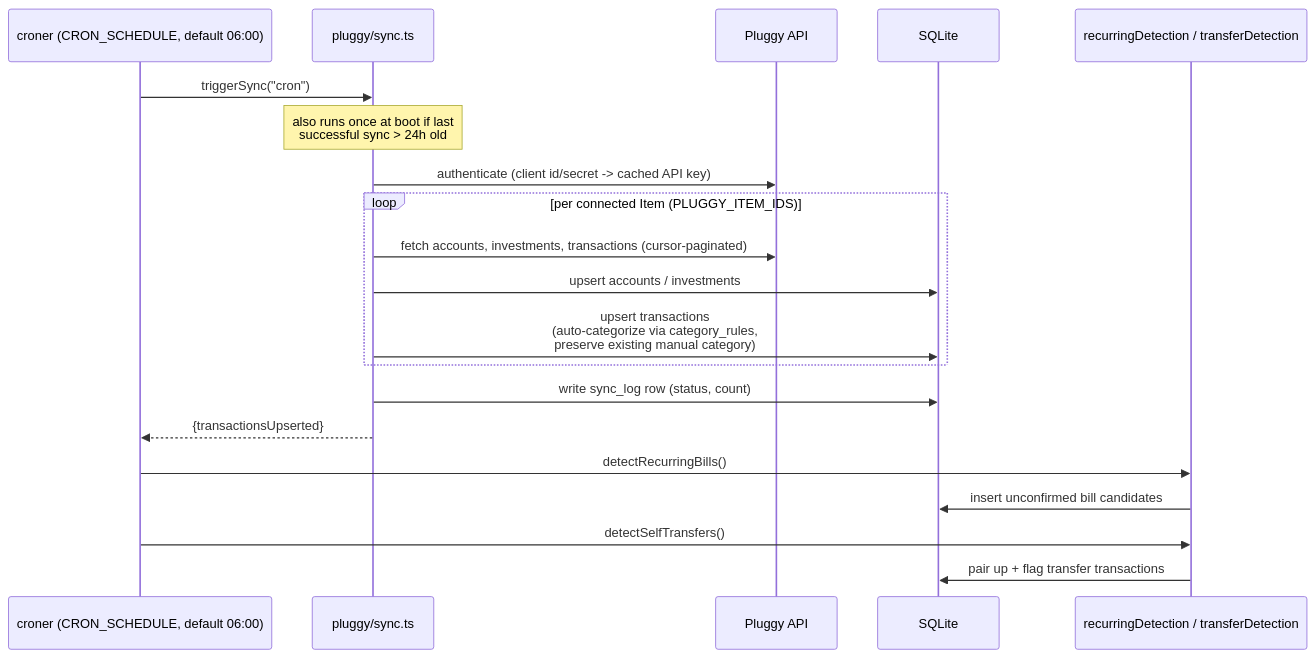
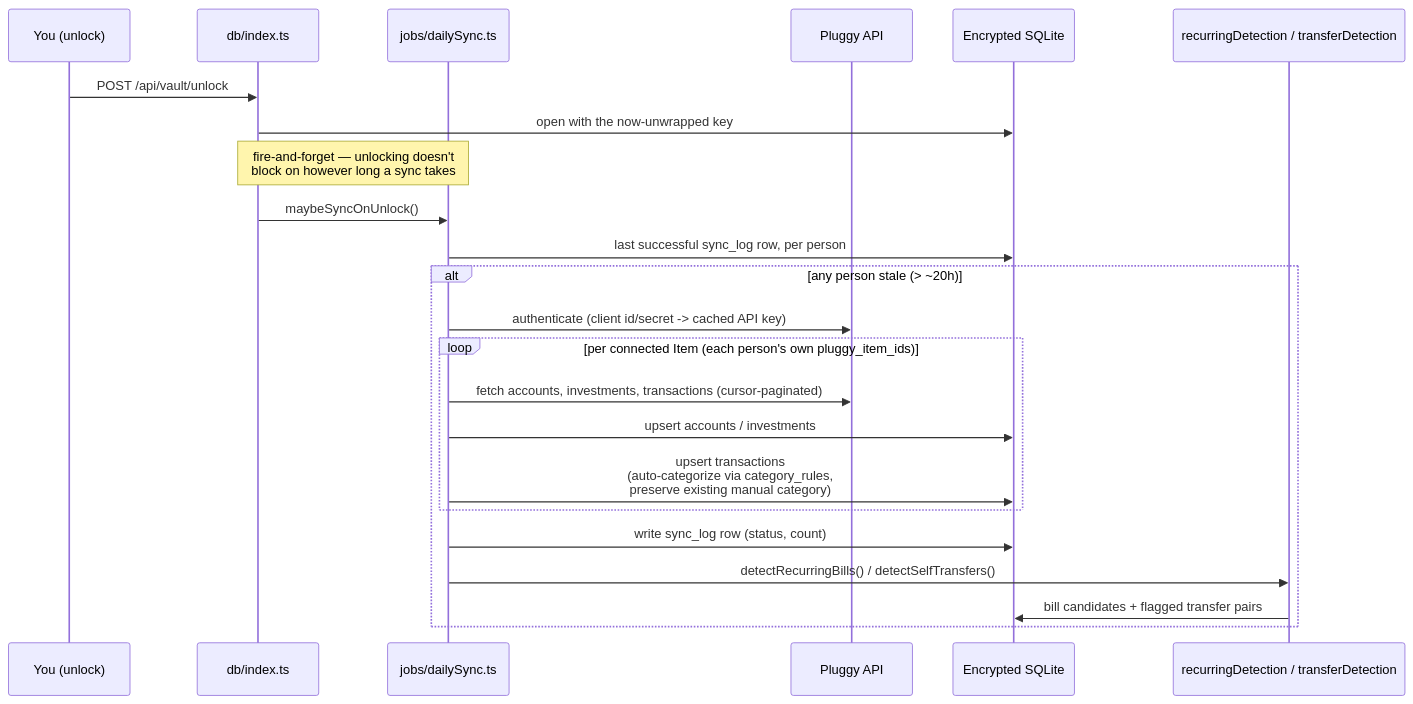
One commit to Botelho31/copiloto-financeiro changed the third of 7 diagrams in ARCHITECTURE.md. Above: the diagram before and after it, drawn with Mermaid. The commit also changed other lines of this file and 118 other files, not shown here.

````diff
--- a/ARCHITECTURE.md
+++ b/ARCHITECTURE.md
@@ -128,23 +93,26 @@
 ```mermaid
 sequenceDiagram
-    participant Cron as croner (CRON_SCHEDULE, default 06:00)
-    participant Sync as pluggy/sync.ts
+    participant You as You (unlock)
+    participant Vault as db/index.ts
+    participant Sync as jobs/dailySync.ts
     participant API as Pluggy API
-    participant DB as SQLite
+    participant DB as Encrypted SQLite
     participant Jobs as recurringDetection / transferDetection
 
-    Cron->>Sync: triggerSync("cron")
-    Note over Sync: also runs once at boot if last<br/>successful sync > 24h old
-    Sync->>API: authenticate (client id/secret -> cached API key)
-    loop per connected Item (PLUGGY_ITEM_IDS)
-        Sync->>API: fetch accounts, investments, transactions (cursor-paginated)
-        Sync->>DB: upsert accounts / investments
-        Sync->>DB: upsert transactions<br/>(auto-categorize via category_rules,<br/>preserve existing manual category)
+    You->>Vault: POST /api/vault/unlock
+    Vault->>DB: open with the now-unwrapped key
+    Note over Vault,Sync: fire-and-forget — unlocking doesn't<br/>block on however long a sync takes
+    Vault->>Sync: maybeSyncOnUnlock()
+    Sync->>DB: last successful sync_log row, per person
+    alt any person stale (> ~20h)
+        Sync->>API: authenticate (client id/secret -> cached API key)
+        loop per connected Item (each person's own pluggy_item_ids)
+            Sync->>API: fetch accounts, investments, transactions (cursor-paginated)
+            Sync->>DB: upsert accounts / investments
+            Sync->>DB: upsert transactions<br/>(auto-categorize via category_rules,<br/>preserve existing manual category)
+        end
+        Sync->>DB: write sync_log row (status, count)
+        Sync->>Jobs: detectRecurringBills() / detectSelfTransfers()
+        Jobs->>DB: bill candidates + flagged transfer pairs
     end
-    Sync->>DB: write sync_log row (status, count)
-    Sync-->>Cron: {transactionsUpserted}
-    Cron->>Jobs: detectRecurringBills()
-    Jobs->>DB: insert unconfirmed bill candidates
-    Cron->>Jobs: detectSelfTransfers()
-    Jobs->>DB: pair up + flag transfer transactions
 ```
````
